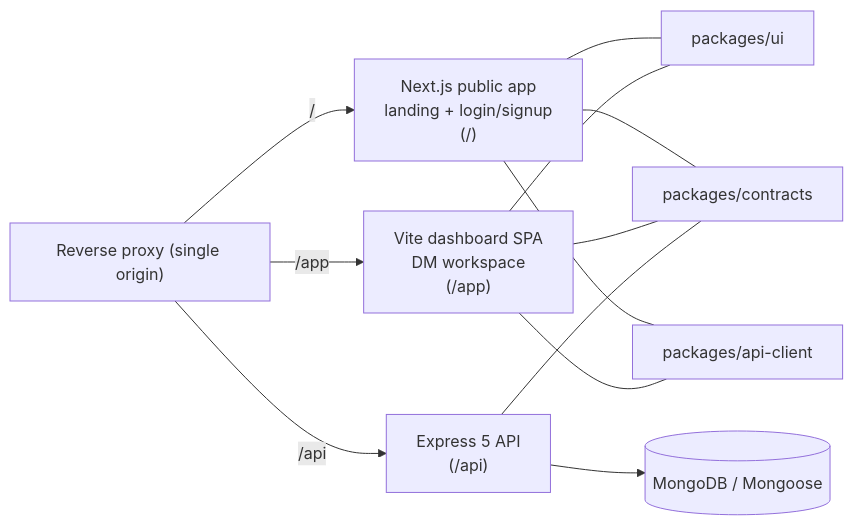
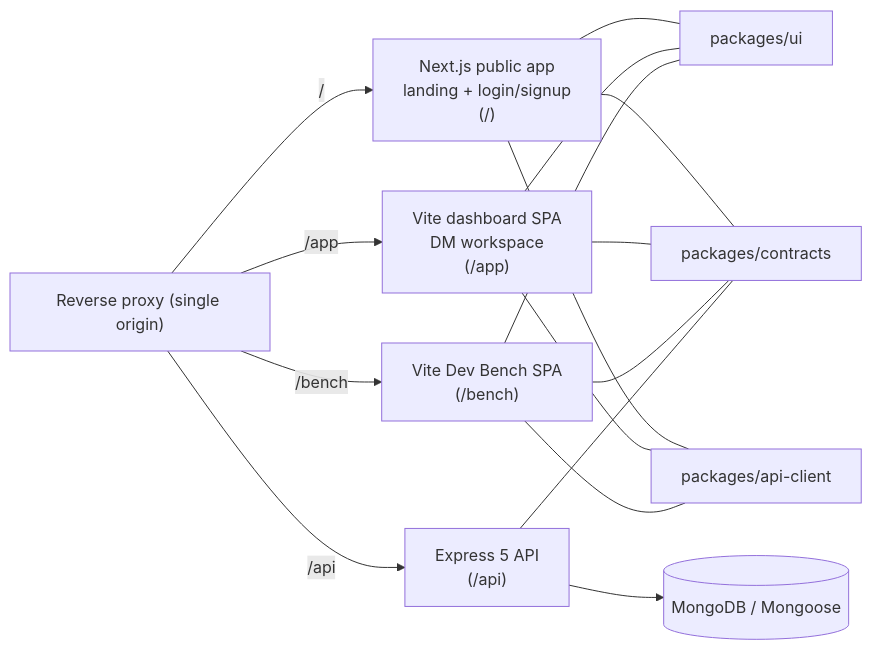
The first of 2 diagrams in docs/architecture.md (jeremyphillips/rpg-world-builder-app), drawn with Mermaid before and after one commit. The commit also changed other lines of this file and 39 other files, not shown here.

Commit message:
feat: integrate Vite Dev Bench app into architecture and update documentation

````diff
--- a/docs/architecture.md
+++ b/docs/architecture.md
@@ -44,23 +46,28 @@
 ```mermaid
 flowchart LR
   proxy["Reverse proxy (single origin)"]
   publicApp["Next.js public app\nlanding + login/signup\n(/)"]
   dashboard["Vite dashboard SPA\nDM workspace\n(/app)"]
+  bench["Vite Dev Bench SPA\n(/bench)"]
   api["Express 5 API\n(/api)"]
   mongo[("MongoDB / Mongoose")]
   ui["packages/ui"]
   contracts["packages/contracts"]
   apiClient["packages/api-client"]
 
   proxy -->|"/"| publicApp
   proxy -->|"/app"| dashboard
+  proxy -->|"/bench"| bench
   proxy -->|"/api"| api
   api --> mongo
   publicApp --- ui
   dashboard --- ui
+  bench --- ui
   publicApp --- contracts
   publicApp --- apiClient
   dashboard --- contracts
   dashboard --- apiClient
+  bench --- contracts
+  bench --- apiClient
   api --- contracts
 ```
````
